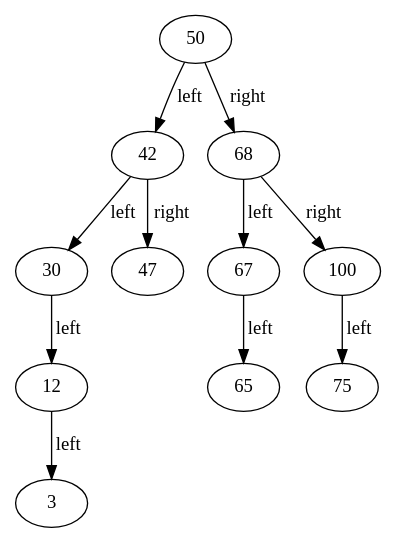
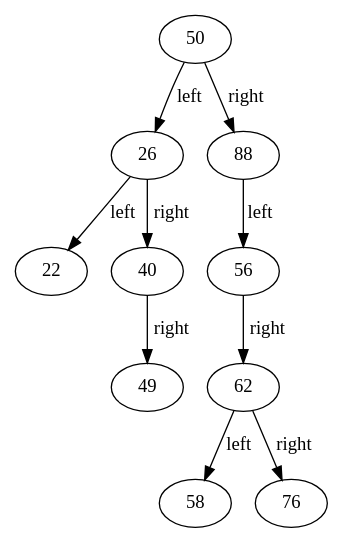
Before and after one commit to toolbuddy/visual-ll: the diagram in result/output2.dot, drawn with Graphviz. The commit also changed 7 other files, not shown here.

```diff
--- a/result/output2.dot
+++ b/result/output2.dot
@@ -1,12 +1,11 @@
 digraph G{
-	50 -> 42 [label=left];
-	42 -> 30 [label=left];
-	30 -> 12 [label=left];
-	12 -> 3 [label=left];
-	42 -> 47 [label=right];
-	50 -> 68 [label=right];
-	68 -> 67 [label=left];
-	67 -> 65 [label=left];
-	68 -> 100 [label=right];
-	100 -> 75 [label=left];
+	50 -> 26 [label=left];
+	26 -> 22 [label=left];
+	26 -> 40 [label=right];
+	40 -> 49 [label=right];
+	50 -> 88 [label=right];
+	88 -> 56 [label=left];
+	56 -> 62 [label=right];
+	62 -> 58 [label=left];
+	62 -> 76 [label=right];
 }
```
